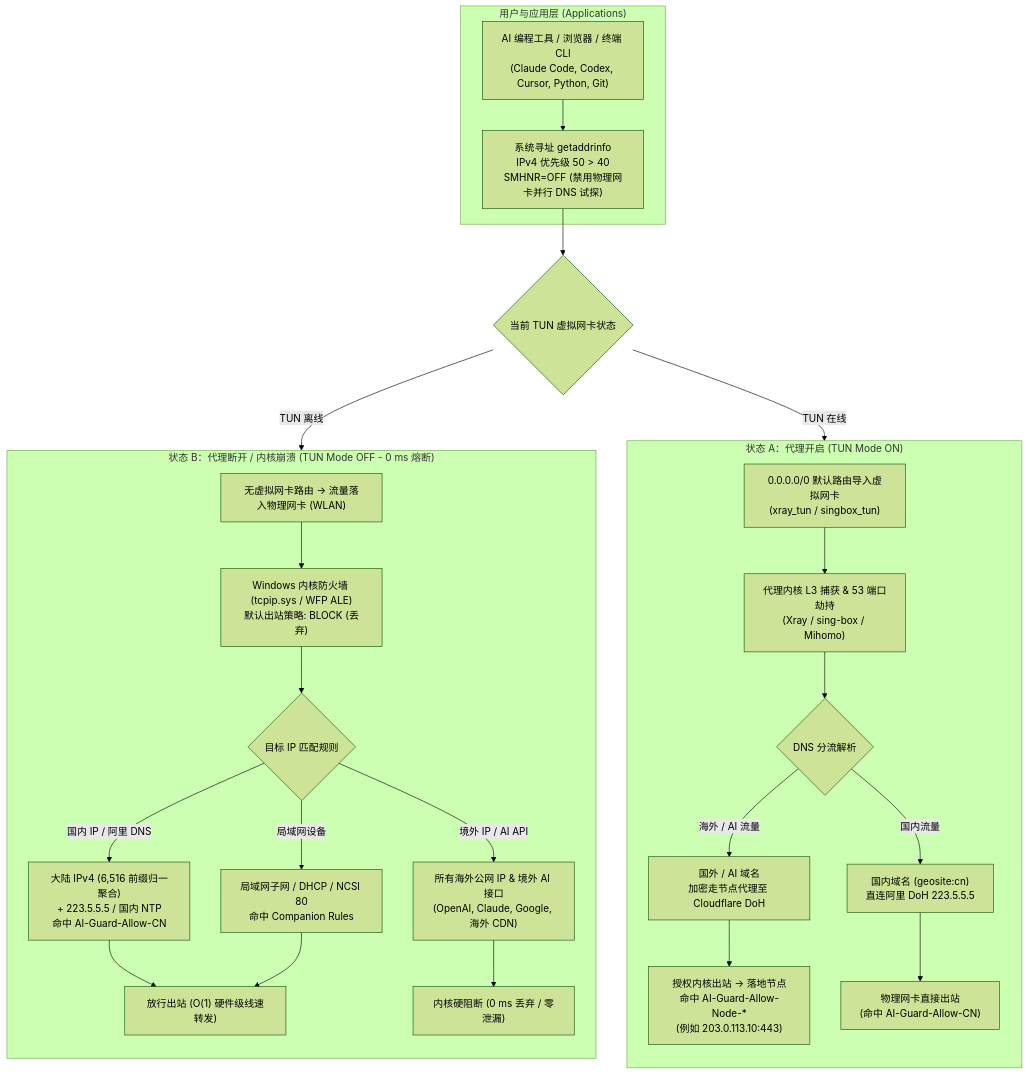
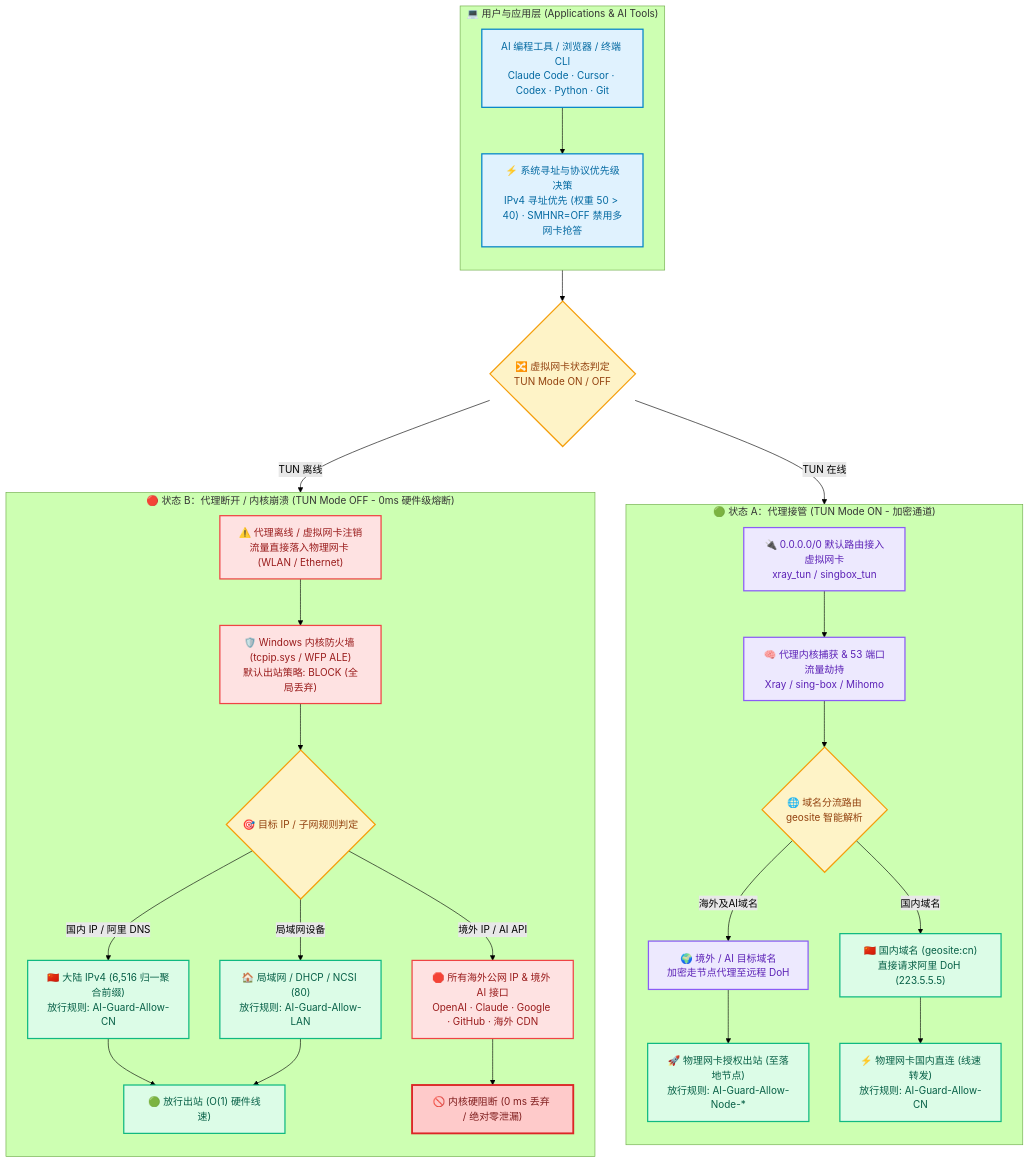
Before and after one commit to YOIMIYA66/AI-Net-Guard: the diagram in CURRENT-IMPLEMENTATION.md, drawn with Mermaid (forest theme). The commit also changed 1 other file, not shown here.

Commit message:
docs: beautify README and CURRENT-IMPLEMENTATION with modern badges and stylized architecture diagrams

````diff
--- a/CURRENT-IMPLEMENTATION.md
+++ b/CURRENT-IMPLEMENTATION.md
@@ -47,51 +47,61 @@
 ```mermaid
 flowchart TD
-    subgraph AppLayer["用户与应用层 (Applications)"]
-        Apps["AI 编程工具 / 浏览器 / 终端 CLI<br/>(Claude Code, Codex, Cursor, Python, Git)"]
-        DNSGetAddr["系统寻址 getaddrinfo<br/>IPv4 优先级 50 > 40<br/>SMHNR=OFF (禁用物理网卡并行 DNS 试探)"]
-        Apps --> DNSGetAddr
+    subgraph APP_LAYER ["💻 用户与应用层 (Applications & AI Tools)"]
+        direction TB
+        Apps["AI 编程工具 / 浏览器 / 终端 CLI<br/>Claude Code · Cursor · Codex · Python · Git"]:::client
+        DNS_Resolver["⚡ 系统寻址与协议优先级决策<br/>IPv4 寻址优先 (权重 50 &gt; 40) · SMHNR=OFF 禁用多网卡抢答"]:::client
+        Apps --> DNS_Resolver
     end
 
-    DNSGetAddr --> Decision{"当前 TUN 虚拟网卡状态"}
+    DNS_Resolver --> TUN_STATE{"🔀 虚拟网卡状态判定<br/>TUN Mode ON / OFF"}:::decision
 
-    subgraph TunOnPath["状态 A：代理开启 (TUN Mode ON)"]
+    %% State A: TUN ON
+    subgraph TUN_ON ["🟢 状态 A：代理接管 (TUN Mode ON - 加密通道)"]
         direction TB
-        TunRoute["0.0.0.0/0 默认路由导入虚拟网卡<br/>(xray_tun / singbox_tun)"]
-        CoreSniff["代理内核 L3 捕获 & 53 端口劫持<br/>(Xray / sing-box / Mihomo)"]
-        DnsSplit{"DNS 分流解析"}
-        DomesticDns["国内域名 (geosite:cn)<br/>直连阿里 DoH 223.5.5.5"]
-        ForeignDns["国外 / AI 域名<br/>加密走节点代理至 Cloudflare DoH"]
-        NodeEgress["授权内核出站 -> 落地节点<br/>命中 AI-Guard-Allow-Node-*<br/>(例如 203.0.113.10:443)"]
+        TunRoute["🔌 0.0.0.0/0 默认路由接入虚拟网卡<br/>xray_tun / singbox_tun"]:::tunnel
+        CoreSniff["🧠 代理内核捕获 &amp; 53 端口流量劫持<br/>Xray / sing-box / Mihomo"]:::tunnel
+        DnsSplit{"🌐 域名分流路由<br/>geosite 智能解析"}:::decision
+        DomesticDns["🇨🇳 国内域名 (geosite:cn)<br/>直接请求阿里 DoH (223.5.5.5)"]:::allowed
+        ForeignDns["🌍 境外 / AI 目标域名<br/>加密走节点代理至远程 DoH"]:::tunnel
+        NodeEgress["🚀 物理网卡授权出站 (至落地节点)<br/>放行规则: AI-Guard-Allow-Node-*"]:::allowed
+        DirectEgress["⚡ 物理网卡国内直连 (线速转发)<br/>放行规则: AI-Guard-Allow-CN"]:::allowed
 
         TunRoute --> CoreSniff
         CoreSniff --> DnsSplit
-        DnsSplit -->|国内流量| DomesticDns
-        DnsSplit -->|海外 / AI 流量| ForeignDns
+        DnsSplit -->|国内域名| DomesticDns
+        DnsSplit -->|海外及AI域名| ForeignDns
         ForeignDns --> NodeEgress
-        DomesticDns --> DirectEgress["物理网卡直接出站<br/>(命中 AI-Guard-Allow-CN)"]
+        DomesticDns --> DirectEgress
     end
 
-    subgraph TunOffPath["状态 B：代理断开 / 内核崩溃 (TUN Mode OFF - 0 ms 熔断)"]
+    %% State B: TUN OFF
+    subgraph TUN_OFF ["🔴 状态 B：代理断开 / 内核崩溃 (TUN Mode OFF - 0ms 硬件级熔断)"]
         direction TB
-        NoTunRoute["无虚拟网卡路由 -> 流量落入物理网卡 (WLAN)"]
-        KernelWFP["Windows 内核防火墙 (tcpip.sys / WFP ALE)<br/>默认出站策略: BLOCK (丢弃)"]
-        
-        CnCheck{"目标 IP 匹配规则"}
-        AllowCN["大陆 IPv4 (6,516 前缀归一聚合)<br/>+ 223.5.5.5 / 国内 NTP<br/>命中 AI-Guard-Allow-CN"]
-        AllowLAN["局域网子网 / DHCP / NCSI 80<br/>命中 Companion Rules"]
-        BlockForeign["所有海外公网 IP & 境外 AI 接口<br/>(OpenAI, Claude, Google, 海外 CDN)"]
-        
+        NoTunRoute["⚠️ 代理离线 / 虚拟网卡注销<br/>流量直接落入物理网卡 (WLAN / Ethernet)"]:::blocked
+        KernelWFP["🛡️ Windows 内核防火墙 (tcpip.sys / WFP ALE)<br/>默认出站策略: BLOCK (全局丢弃)"]:::blocked
+        CnCheck{"🎯 目标 IP / 子网规则判定"}:::decision
+        AllowCN["🇨🇳 大陆 IPv4 (6,516 归一聚合前缀)<br/>放行规则: AI-Guard-Allow-CN"]:::allowed
+        AllowLAN["🏠 局域网 / DHCP / NCSI (80)<br/>放行规则: AI-Guard-Allow-LAN"]:::allowed
+        BlockForeign["🛑 所有海外公网 IP &amp; 境外 AI 接口<br/>OpenAI · Claude · Google · GitHub · 海外 CDN"]:::blocked
+        DropOut["🚫 内核硬阻断 (0 ms 丢弃 / 绝对零泄漏)"]:::dropNode
+
         NoTunRoute --> KernelWFP
         KernelWFP --> CnCheck
         CnCheck -->|国内 IP / 阿里 DNS| AllowCN
         CnCheck -->|局域网设备| AllowLAN
         CnCheck -->|境外 IP / AI API| BlockForeign
-        
-        AllowCN --> PassOut["放行出站 (O(1) 硬件级线速转发)"]
+        AllowCN --> PassOut["🟢 放行出站 (O(1) 硬件线速)"]:::allowed
         AllowLAN --> PassOut
-        BlockForeign --> DropOut["内核硬阻断 (0 ms 丢弃 / 零泄漏)"]
+        BlockForeign --> DropOut
     end
 
-    Decision -->|TUN 在线| TunRoute
-    Decision -->|TUN 离线| NoTunRoute
+    TUN_STATE -->|TUN 在线| TunRoute
+    TUN_STATE -->|TUN 离线| NoTunRoute
+
+    classDef client fill:#e0f2fe,stroke:#0284c7,stroke-width:2px,color:#0369a1;
+    classDef decision fill:#fef3c7,stroke:#f59e0b,stroke-width:2px,color:#92400e;
+    classDef tunnel fill:#ede9fe,stroke:#8b5cf6,stroke-width:2px,color:#5b21b6;
+    classDef allowed fill:#dcfce7,stroke:#10b981,stroke-width:2px,color:#065f46;
+    classDef blocked fill:#fee2e2,stroke:#ef4444,stroke-width:2px,color:#991b1b;
+    classDef dropNode fill:#fecaca,stroke:#dc2626,stroke-width:3px,color:#7f1d1d;
 ```
````
